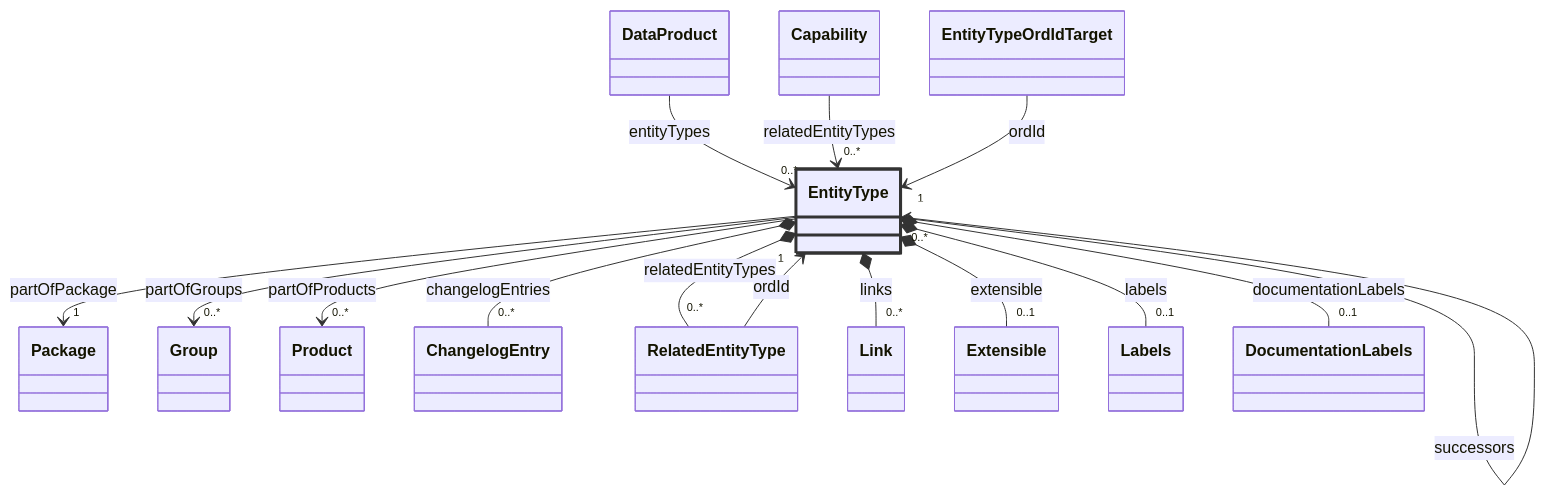
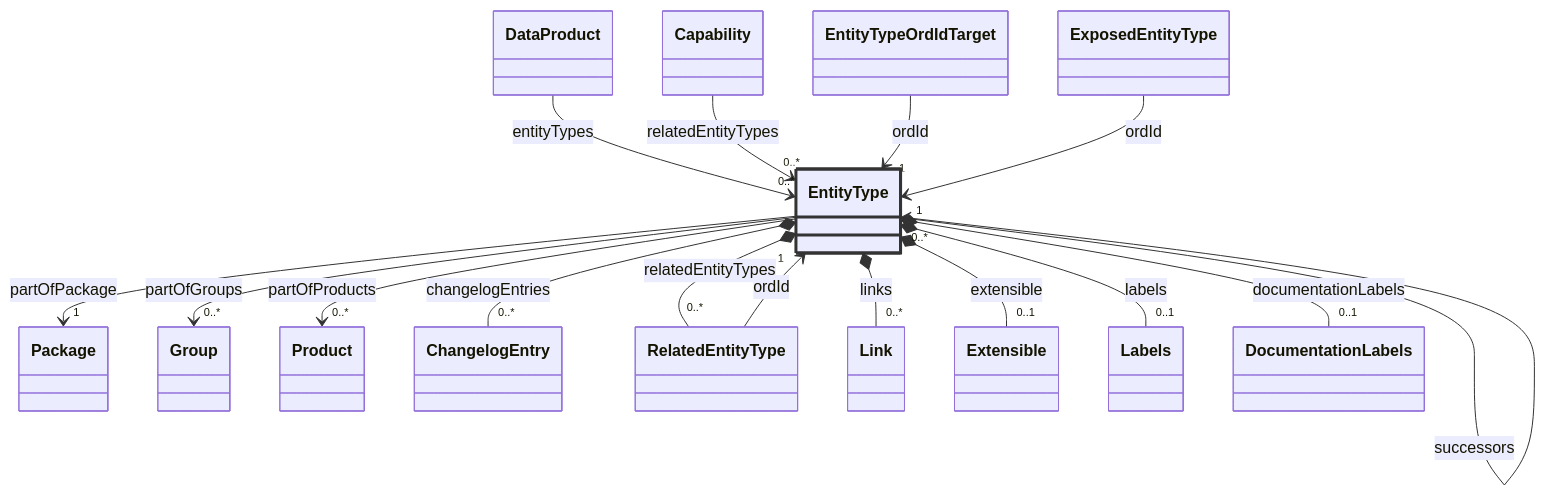
The sixth of 44 diagrams in docs/spec-v1/diagrams/document.md (open-resource-discovery/specification), drawn with Mermaid before and after one commit. The commit also changed other lines of this file and 39 other files, not shown here.

````diff
--- a/docs/spec-v1/diagrams/document.md
+++ b/docs/spec-v1/diagrams/document.md
@@ -155,32 +159,34 @@
   ```mermaid
   classDiagram
   class EntityType
   style EntityType stroke:#333,stroke-width:3px
   EntityType --> "1" Package : partOfPackage
   EntityType --> "0..*" Group : partOfGroups
   EntityType --> "0..*" Product : partOfProducts
   EntityType --> "0..*" EntityType : successors
   EntityType *-- "0..*" ChangelogEntry : changelogEntries
   EntityType *-- "0..*" RelatedEntityType : relatedEntityTypes
   EntityType *-- "0..*" Link : links
   EntityType *-- "0..1" Extensible : extensible
   EntityType *-- "0..1" Labels : labels
   EntityType *-- "0..1" DocumentationLabels : documentationLabels
   DataProduct --> "0..*" EntityType : entityTypes
   Capability --> "0..*" EntityType : relatedEntityTypes
+  EntityTypeOrdIdTarget --> "1" EntityType : ordId
   RelatedEntityType --> "1" EntityType : ordId
-  EntityTypeOrdIdTarget --> "1" EntityType : ordId
+  ExposedEntityType --> "1" EntityType : ordId
   click EntityType href "#entitytype" "Go to EntityType"
   click Package href "#package" "Go to Package"
   click Group href "#group" "Go to Group"
   click Product href "#product" "Go to Product"
   click ChangelogEntry href "#changelogentry" "Go to ChangelogEntry"
   click RelatedEntityType href "#relatedentitytype" "Go to RelatedEntityType"
   click Link href "#link" "Go to Link"
   click Extensible href "#extensible" "Go to Extensible"
   click Labels href "#labels" "Go to Labels"
   click DocumentationLabels href "#documentationlabels" "Go to DocumentationLabels"
   click DataProduct href "#dataproduct" "Go to DataProduct"
   click Capability href "#capability" "Go to Capability"
   click EntityTypeOrdIdTarget href "#entitytypeordidtarget" "Go to EntityTypeOrdIdTarget"
+  click ExposedEntityType href "#exposedentitytype" "Go to ExposedEntityType"
   ```
````
